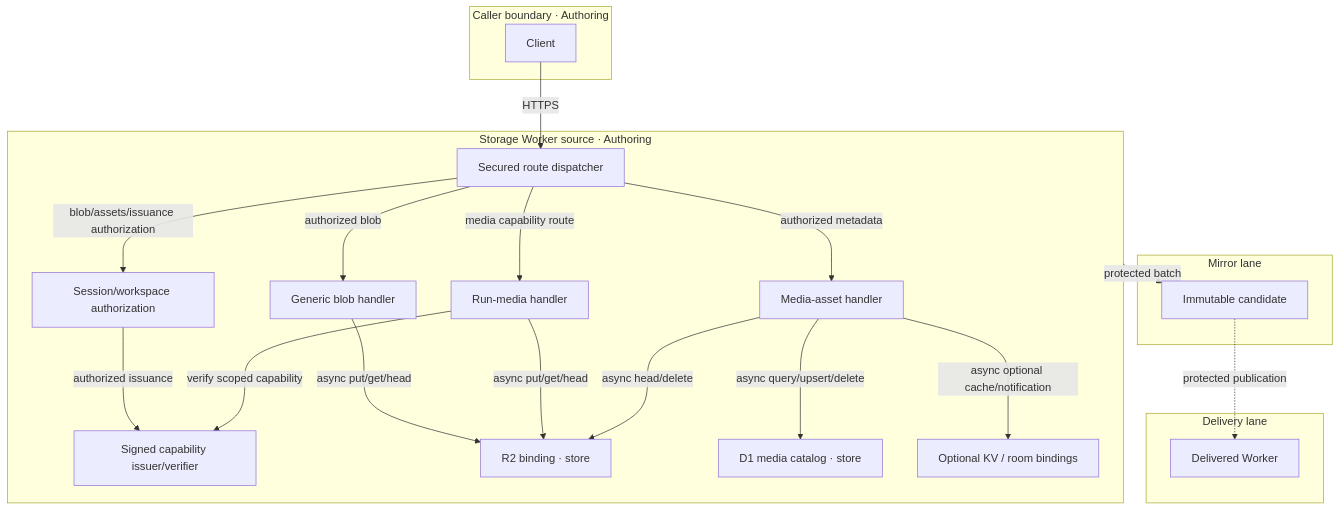
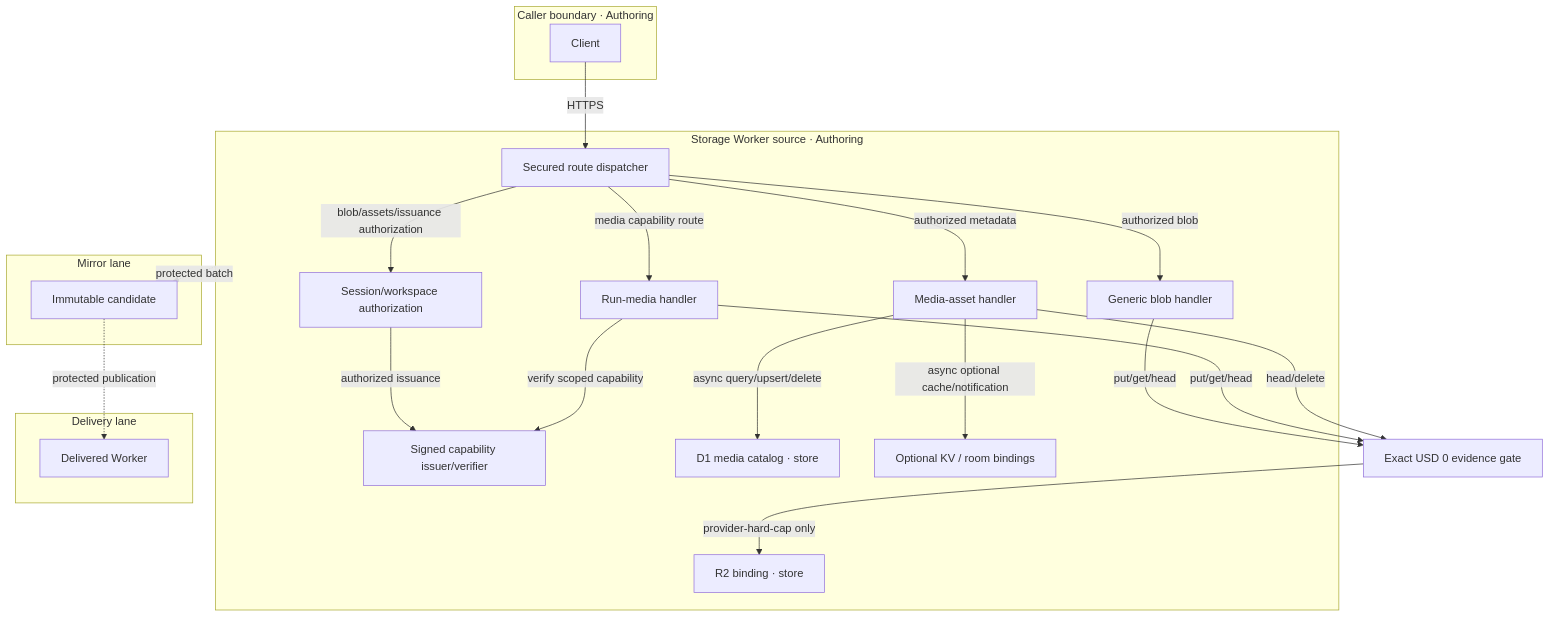
One commit to huijoohwee/agentic-graph changed the diagram in docs/documents/agentic-graph-artifact-media-storage-architecture.md. Above: the diagram before and after it, drawn with Mermaid. The commit also changed other lines of this file and 27 other files, not shown here.

Commit message:
fix: enforce zero-cost provider effects

````diff
--- a/docs/documents/agentic-graph-artifact-media-storage-architecture.md
+++ b/docs/documents/agentic-graph-artifact-media-storage-architecture.md
@@ -108,37 +115,38 @@
 ```mermaid
 flowchart TB
   subgraph Caller["Caller boundary · Authoring"]
     Client["Client"]
   end
   subgraph WorkerSource["Storage Worker source · Authoring"]
     Dispatch["Secured route dispatcher"]
     Blob["Generic blob handler"]
     Media["Run-media handler"]
     Assets["Media-asset handler"]
     Auth["Session/workspace authorization"]
     Capability["Signed capability issuer/verifier"]
     Bucket["R2 binding · store"]
     Catalog["D1 media catalog · store"]
     Optional["Optional KV / room bindings"]
   end
   subgraph MirrorLane["Mirror lane"]
     Mirror["Immutable candidate"]
   end
   subgraph DeliveryLane["Delivery lane"]
     Delivered["Delivered Worker"]
   end
   Client -- "HTTPS" --> Dispatch
   Dispatch -- "blob/assets/issuance authorization" --> Auth
   Dispatch -- "authorized blob" --> Blob
   Dispatch -- "media capability route" --> Media
   Dispatch -- "authorized metadata" --> Assets
   Auth -- "authorized issuance" --> Capability
   Media -- "verify scoped capability" --> Capability
-  Blob -- "async put/get/head" --> Bucket
-  Media -- "async put/get/head" --> Bucket
-  Assets -- "async head/delete" --> Bucket
+  Blob -- "put/get/head" --> CostGate["Exact USD 0 evidence gate"]
+  Media -- "put/get/head" --> CostGate
+  Assets -- "head/delete" --> CostGate
+  CostGate -- "provider-hard-cap only" --> Bucket
   Assets -- "async query/upsert/delete" --> Catalog
   Assets -- "async optional cache/notification" --> Optional
   WorkerSource -. "protected batch" .-> Mirror
   Mirror -. "protected publication" .-> Delivered
 ```
````
